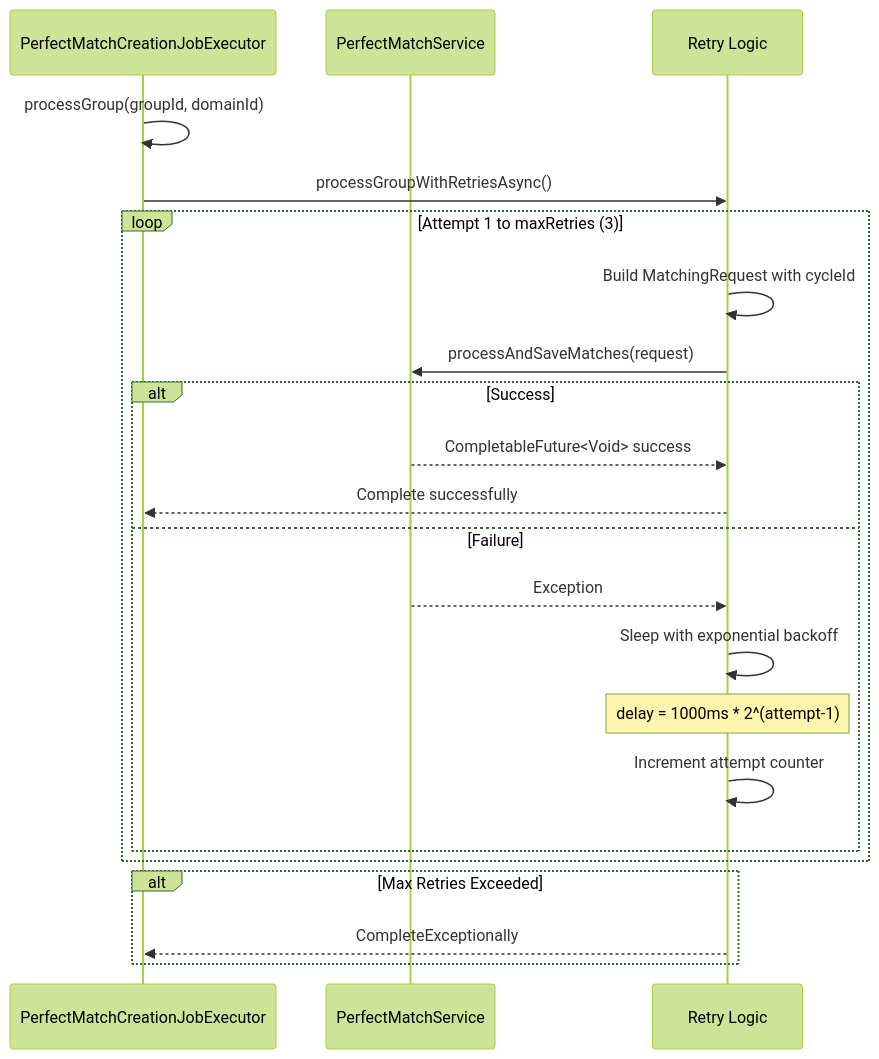
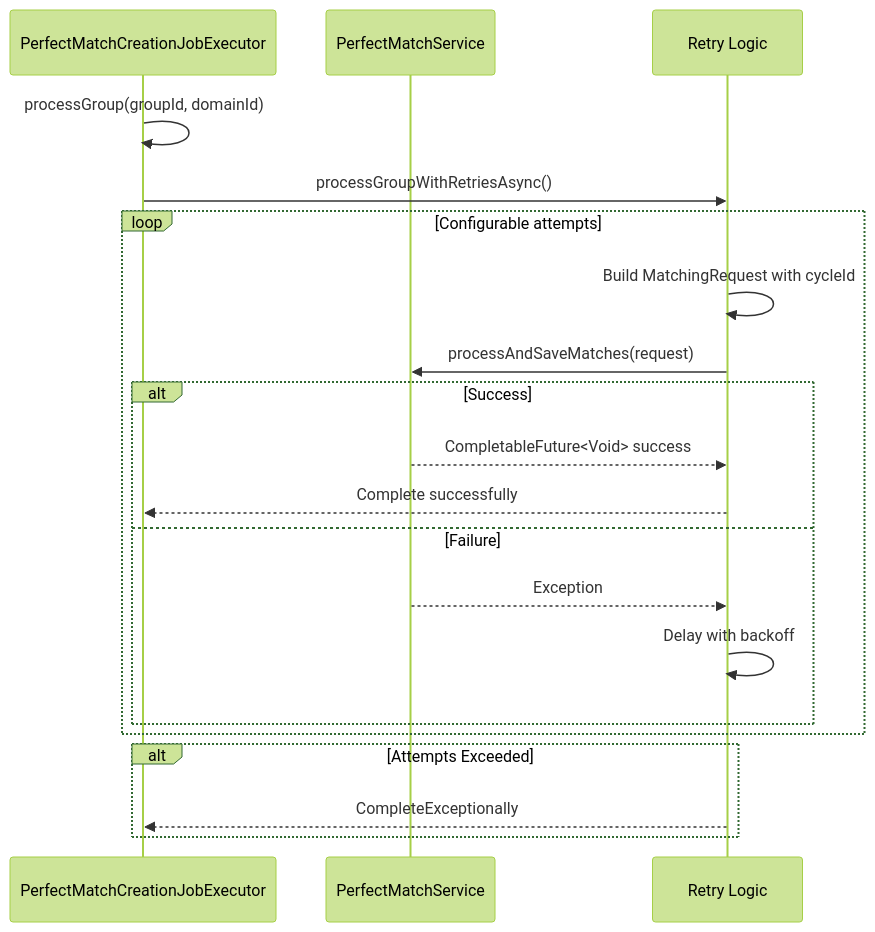
One commit to kagit00/schedule_x changed the sixth of 20 diagrams in docs/Low Level Designs/ScheduledPerfectMatchesCreation.md. Above: the diagram before and after it, drawn with Mermaid (forest theme). The commit also changed other lines of this file and 7 other files, not shown here.

````diff
--- a/docs/Low Level Designs/ScheduledPerfectMatchesCreation.md
+++ b/docs/Low Level Designs/ScheduledPerfectMatchesCreation.md
@@ -239,28 +229,26 @@
 ```mermaid
 sequenceDiagram
     participant Executor as PerfectMatchCreationJobExecutor
     participant Service as PerfectMatchService
     participant Retry as Retry Logic
     
     Executor->>Executor: processGroup(groupId, domainId)
     Executor->>Retry: processGroupWithRetriesAsync()
     
-    loop Attempt 1 to maxRetries (3)
+    loop Configurable attempts
         Retry->>Retry: Build MatchingRequest with cycleId
         Retry->>Service: processAndSaveMatches(request)
         
         alt Success
             Service-->>Retry: CompletableFuture<Void> success
             Retry-->>Executor: Complete successfully
         else Failure
             Service-->>Retry: Exception
-            Retry->>Retry: Sleep with exponential backoff
-            Note over Retry: delay = 1000ms * 2^(attempt-1)
-            Retry->>Retry: Increment attempt counter
+            Retry->>Retry: Delay with backoff
         end
     end
     
-    alt Max Retries Exceeded
+    alt Attempts Exceeded
         Retry-->>Executor: CompleteExceptionally
     end
 ```
````
